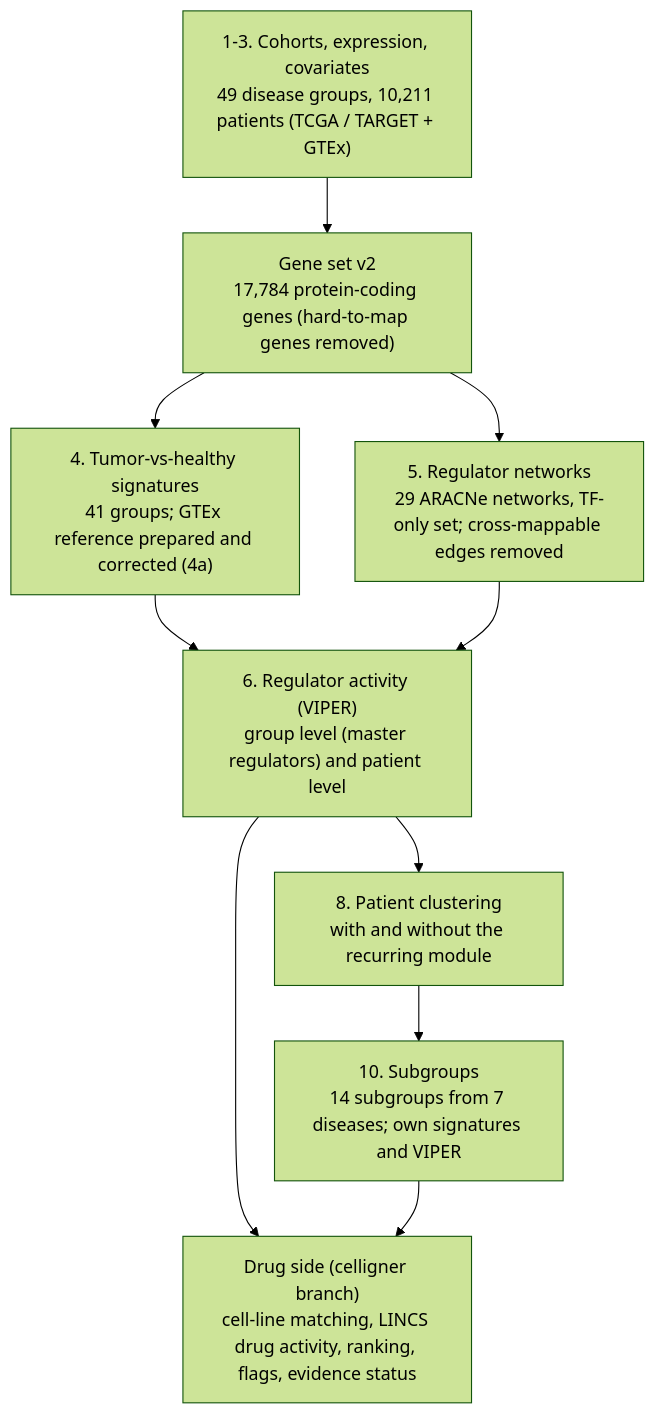
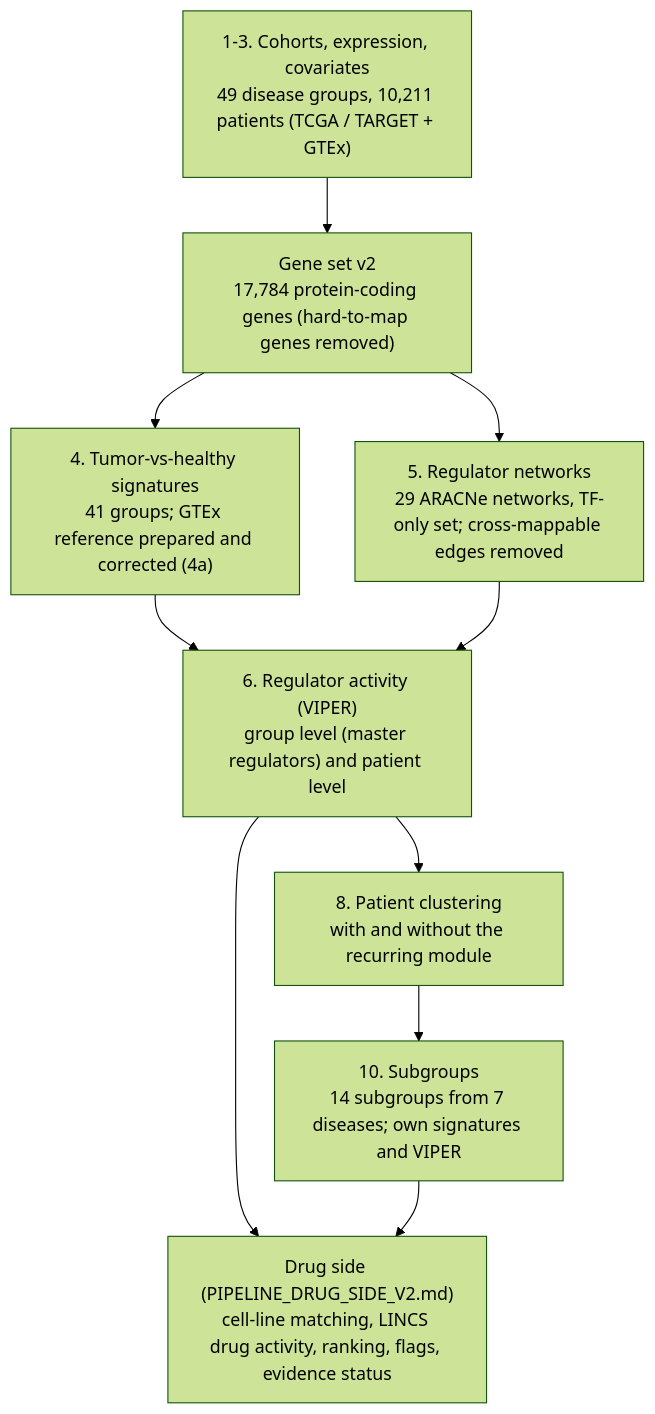
One commit to kirtihargunani-cmu/repurposing changed the diagram in docs/PIPELINE_V2.md. Above: the diagram before and after it, drawn with Mermaid (forest theme). The commit also changed other lines of this file and 26 other files, not shown here.

````diff
--- a/docs/PIPELINE_V2.md
+++ b/docs/PIPELINE_V2.md
@@ -17,15 +17,15 @@
 ```mermaid
 flowchart TD
   S1["1-3. Cohorts, expression, covariates<br/>49 disease groups, 10,211 patients (TCGA / TARGET + GTEx)"]
   G["Gene set v2<br/>17,784 protein-coding genes (hard-to-map genes removed)"]
   S4["4. Tumor-vs-healthy signatures<br/>41 groups; GTEx reference prepared and corrected (4a)"]
   S5["5. Regulator networks<br/>29 ARACNe networks, TF-only set; cross-mappable edges removed"]
   S6["6. Regulator activity (VIPER)<br/>group level (master regulators) and patient level"]
   S8["8. Patient clustering<br/>with and without the recurring module"]
   S10["10. Subgroups<br/>14 subgroups from 7 diseases; own signatures and VIPER"]
-  D["Drug side (celligner branch)<br/>cell-line matching, LINCS drug activity, ranking, flags, evidence status"]
+  D["Drug side (PIPELINE_DRUG_SIDE_V2.md)<br/>cell-line matching, LINCS drug activity, ranking, flags, evidence status"]
   S1 --> G --> S4 --> S6
   G --> S5 --> S6 --> S8 --> S10
   S6 --> D
   S10 --> D
 ```
````
